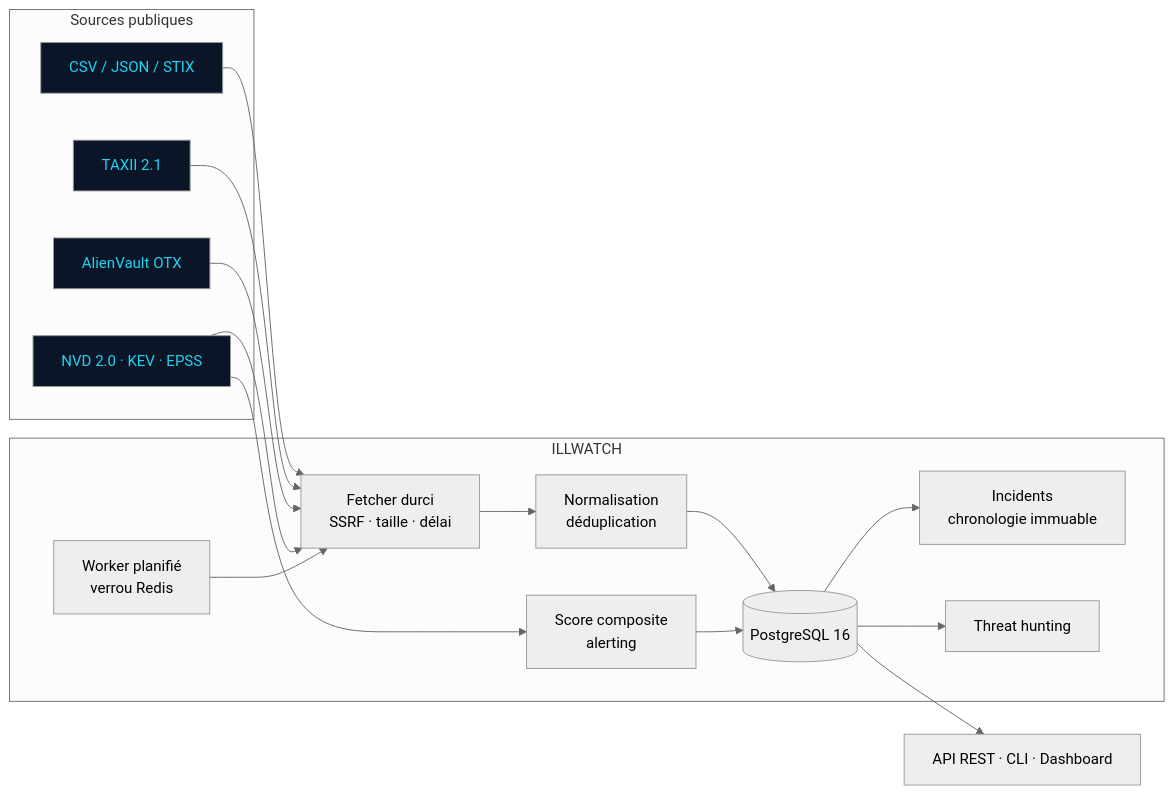
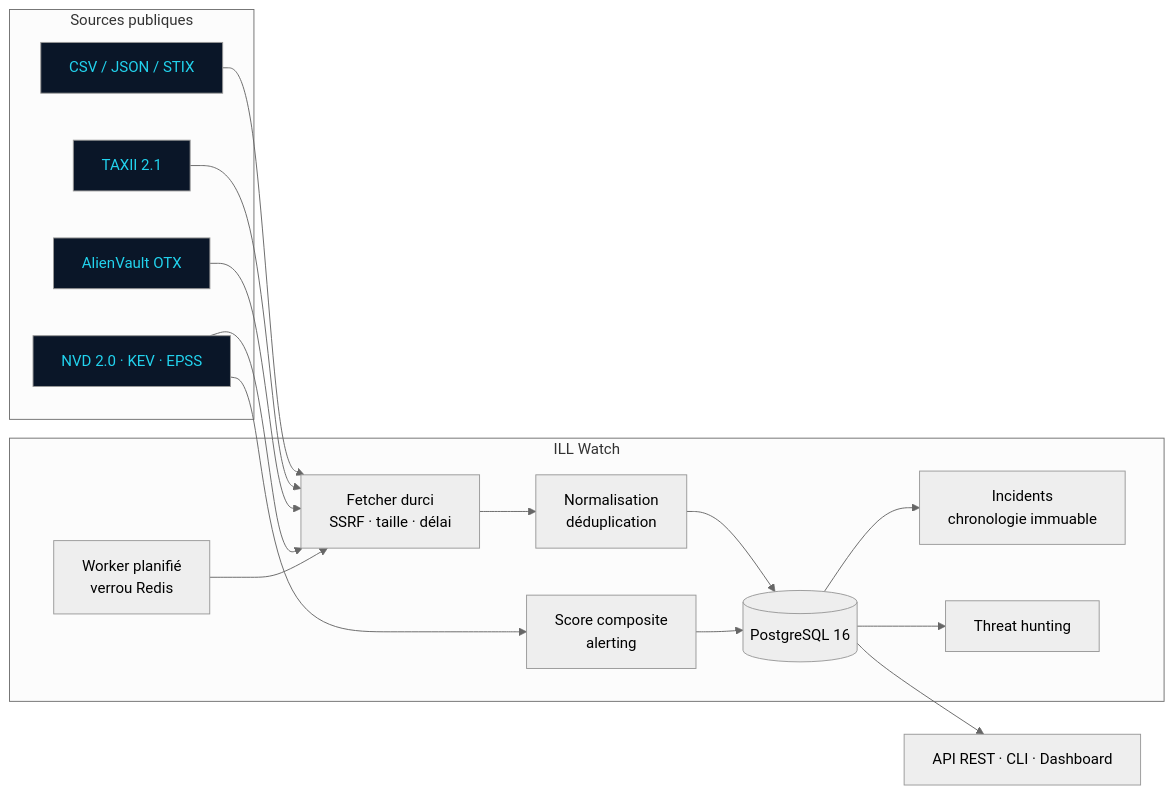
Before and after one commit to GodwillFoka/cyberillsec-illwatch: the diagram in README.md, drawn with Mermaid (neutral theme). The commit also changed other lines of this file and 62 other files, not shown here.

First line of the commit message:
Documentation : nom ILL Watch, DESIGN_SYSTEM v8, ADR-018, site aux couleurs v2

````diff
--- a/README.md
+++ b/README.md
@@ -132,24 +132,24 @@
 ```mermaid
 flowchart LR
     subgraph Sources publiques
         A[CSV / JSON / STIX]:::src
         B[TAXII 2.1]:::src
         C[AlienVault OTX]:::src
         D[NVD 2.0 · KEV · EPSS]:::src
     end
-    subgraph ILLWATCH
+    subgraph ILL Watch
         W[Worker planifié<br/>verrou Redis]
         F[Fetcher durci<br/>SSRF · taille · délai]
         N[Normalisation<br/>déduplication]
         S[Score composite<br/>alerting]
         I[Incidents<br/>chronologie immuable]
         H[Threat hunting]
         DB[(PostgreSQL 16)]
     end
     A & B & C & D --> F
     W --> F --> N --> DB
     D --> S --> DB
     DB --> I & H
     DB --> API[API REST · CLI · Dashboard]
     classDef src fill:#0A1628,color:#22D3EE
 ```
````
